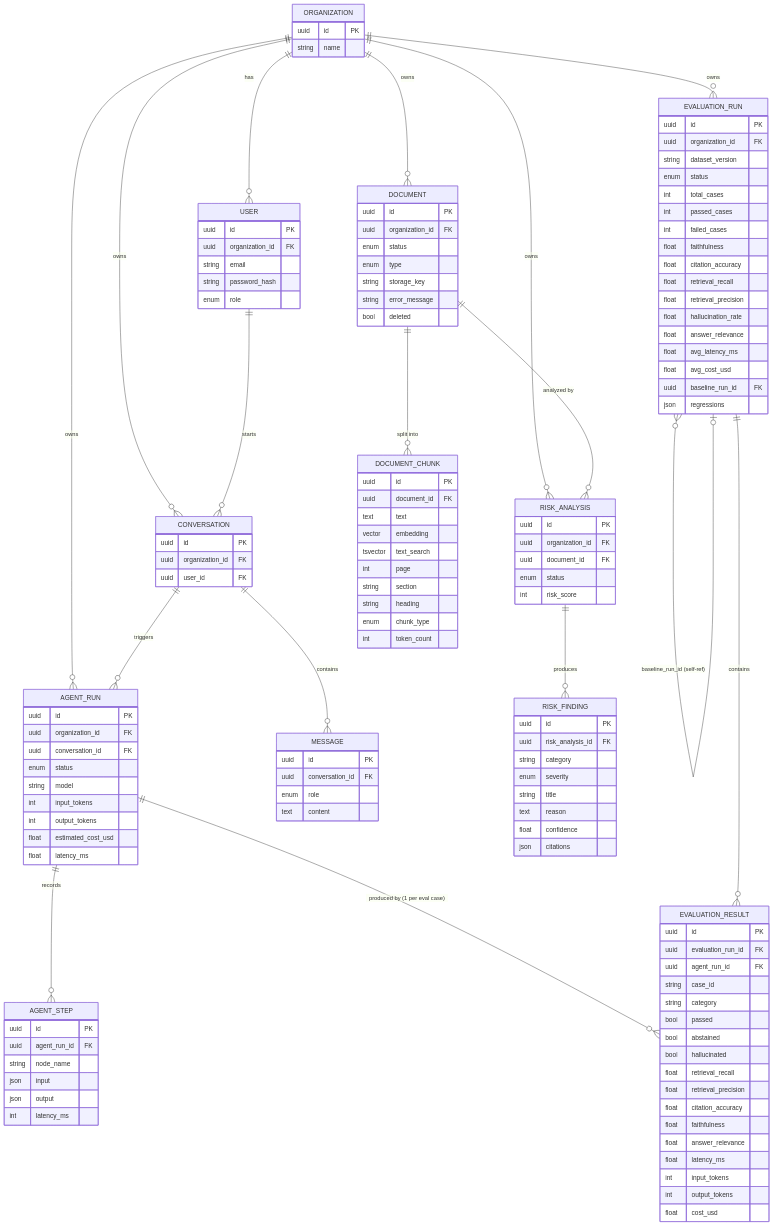
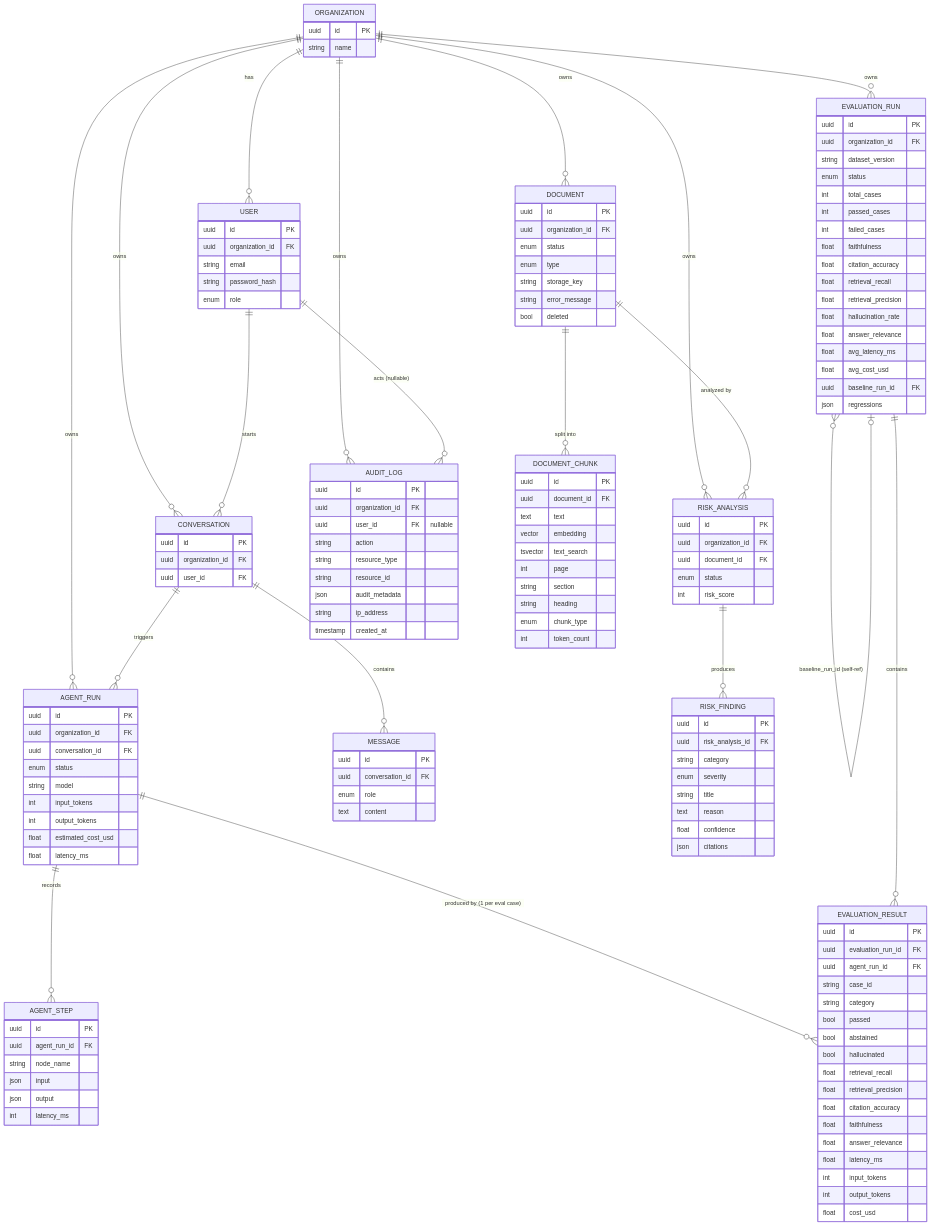
The sixth of 7 diagrams in docs/architecture.md (ankitsingh711/contractlens), drawn with Mermaid before and after one commit. The commit also changed other lines of this file and 15 other files, not shown here.

````diff
--- a/docs/architecture.md
+++ b/docs/architecture.md
@@ -197,7 +197,9 @@
     ORGANIZATION ||--o{ AGENT_RUN : owns
     ORGANIZATION ||--o{ RISK_ANALYSIS : owns
     ORGANIZATION ||--o{ EVALUATION_RUN : owns
+    ORGANIZATION ||--o{ AUDIT_LOG : owns
     USER ||--o{ CONVERSATION : starts
+    USER ||--o{ AUDIT_LOG : "acts (nullable)"
     DOCUMENT ||--o{ DOCUMENT_CHUNK : "split into"
     DOCUMENT ||--o{ RISK_ANALYSIS : "analyzed by"
     CONVERSATION ||--o{ MESSAGE : contains
@@ -325,4 +327,15 @@
         int output_tokens
         float cost_usd
     }
+    AUDIT_LOG {
+        uuid id PK
+        uuid organization_id FK
+        uuid user_id FK "nullable"
+        string action
+        string resource_type
+        string resource_id
+        json audit_metadata
+        string ip_address
+        timestamp created_at
+    }
 ```
````
